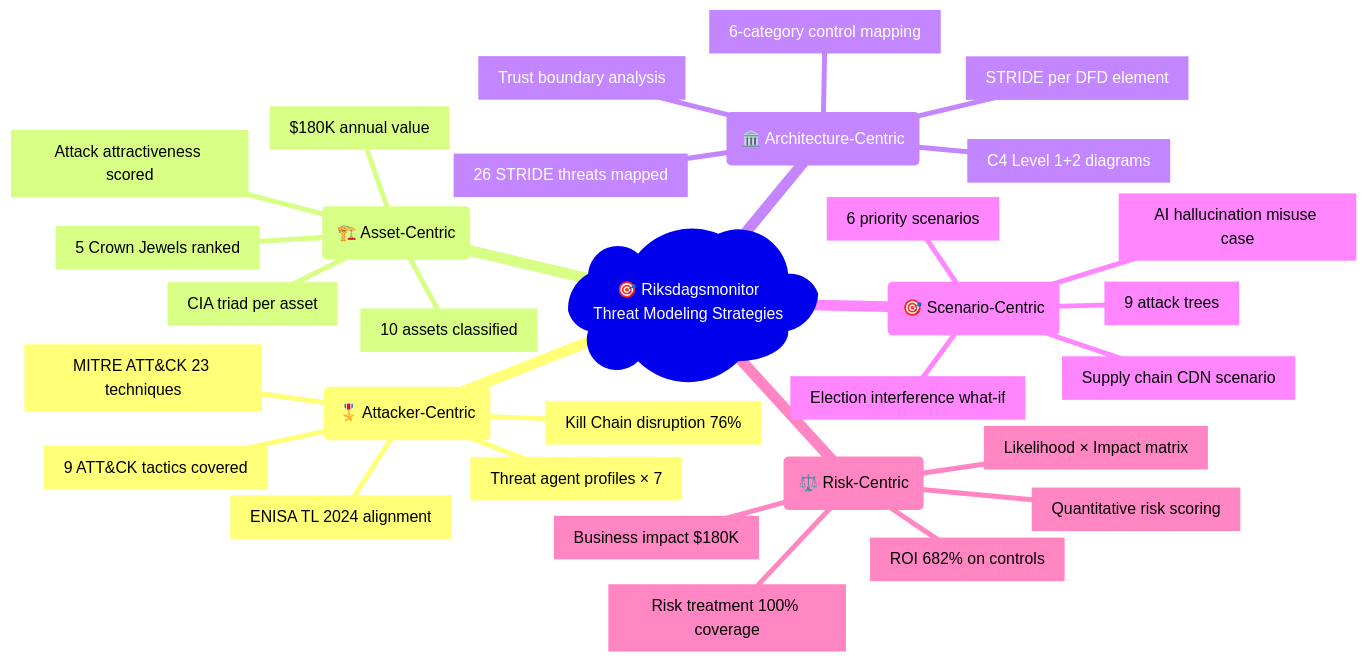
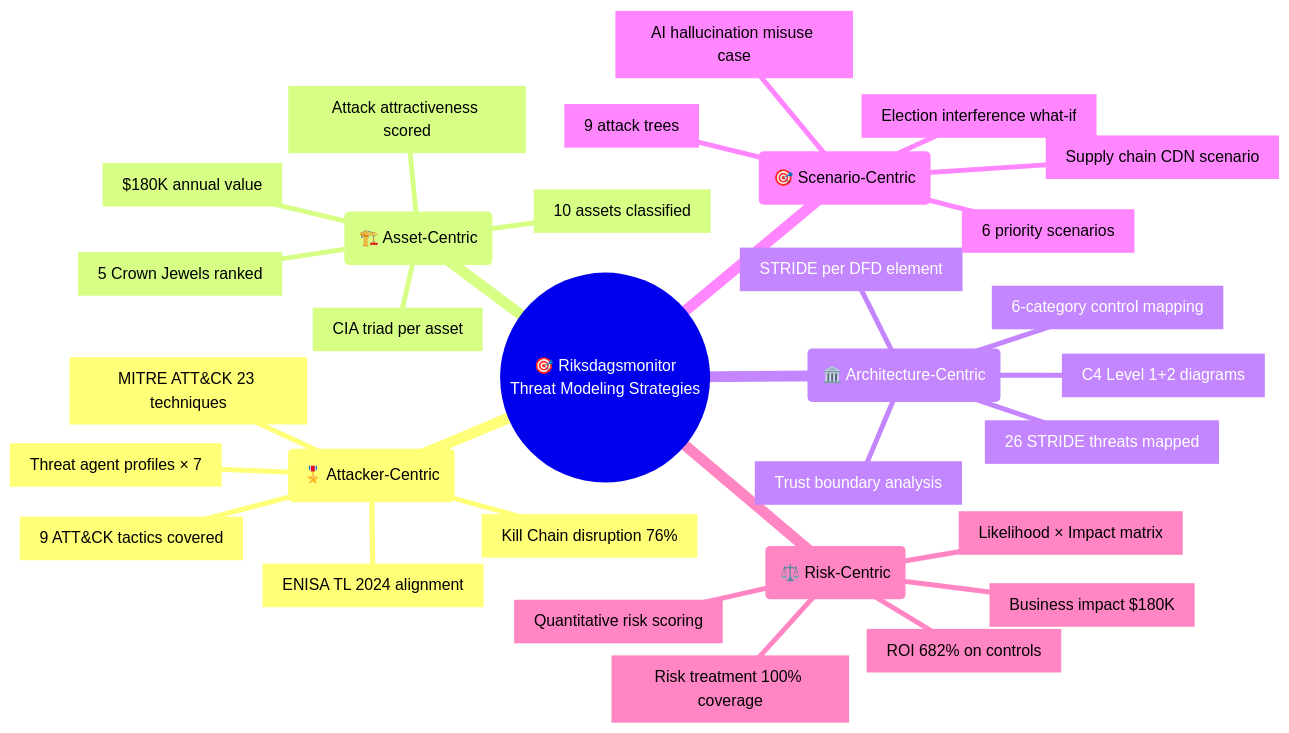
Diagram 11 of 14 in THREAT_MODEL.md (Hack23/riksdagsmonitor), drawn with Mermaid before and after one commit.

````diff
--- a/THREAT_MODEL.md
+++ b/THREAT_MODEL.md
@@ -2391,34 +2391,34 @@
 ```mermaid
 mindmap
-  root)🎯 Riksdagsmonitor<br/>Threat Modeling Strategies(
+  root((🎯 Riksdagsmonitor<br/>Threat Modeling Strategies))
     (🎖️ Attacker-Centric)
       [MITRE ATT&CK 23 techniques]
       [9 ATT&CK tactics covered]
       [Kill Chain disruption 76%]
       [Threat agent profiles × 7]
       [ENISA TL 2024 alignment]
     (🏗️ Asset-Centric)
       [10 assets classified]
       [5 Crown Jewels ranked]
       [$180K annual value]
       [CIA triad per asset]
       [Attack attractiveness scored]
     (🏛️ Architecture-Centric)
       [STRIDE per DFD element]
       [C4 Level 1+2 diagrams]
       [Trust boundary analysis]
       [26 STRIDE threats mapped]
       [6-category control mapping]
     (🎯 Scenario-Centric)
       [6 priority scenarios]
       [9 attack trees]
       [AI hallucination misuse case]
       [Election interference what-if]
       [Supply chain CDN scenario]
     (⚖️ Risk-Centric)
       [Quantitative risk scoring]
       [Likelihood × Impact matrix]
       [Risk treatment 100% coverage]
       [ROI 682% on controls]
       [Business impact $180K]
 ```
````
